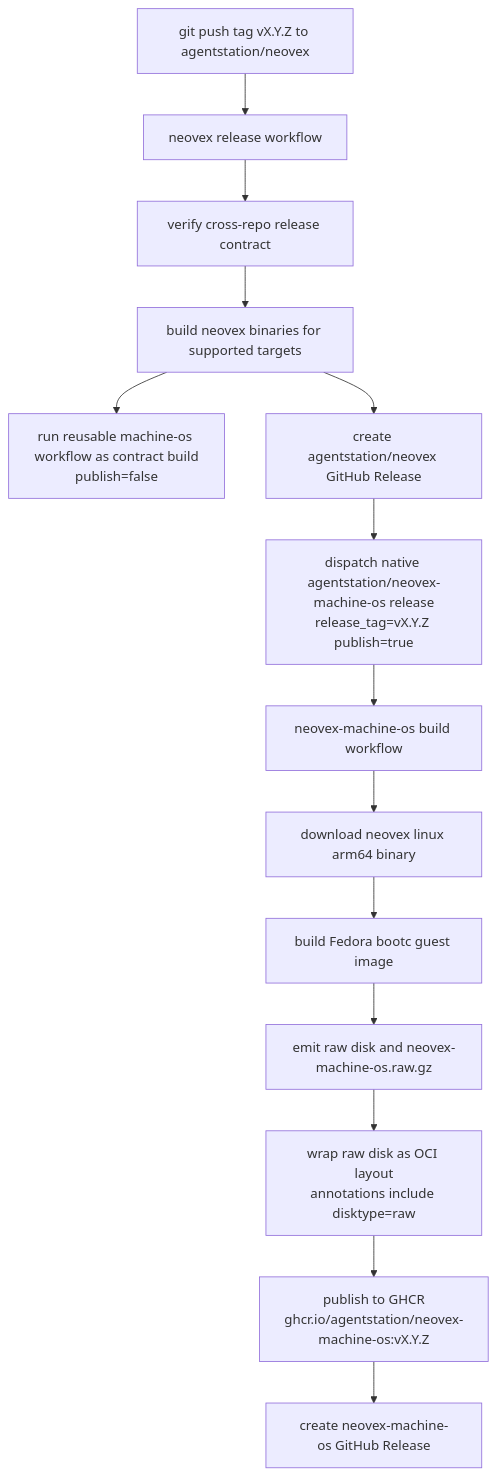
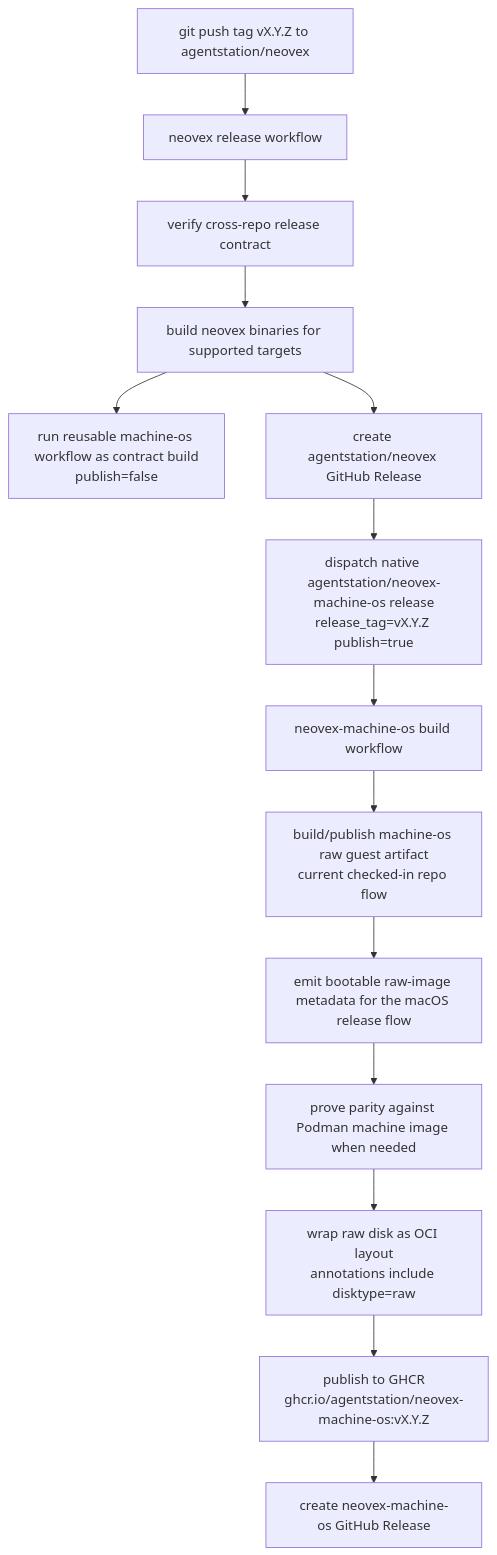
One commit to nimbus/nimbus changed the first of 6 diagrams in docs/reference/macos-machine-flow.md. Above: the diagram before and after it, drawn with Mermaid. The commit also changed other lines of this file and 56 other files, not shown here.

````diff
--- a/docs/reference/macos-machine-flow.md
+++ b/docs/reference/macos-machine-flow.md
@@ -48,16 +65,16 @@
 ```mermaid
 flowchart TD
     A["git push tag vX.Y.Z to agentstation/neovex"] --> B["neovex release workflow"]
     B --> C["verify cross-repo release contract"]
     C --> D["build neovex binaries for supported targets"]
     D --> E["run reusable machine-os workflow as contract build<br/>publish=false"]
     D --> F["create agentstation/neovex GitHub Release"]
     F --> G["dispatch native agentstation/neovex-machine-os release<br/>release_tag=vX.Y.Z publish=true"]
     G --> H["neovex-machine-os build workflow"]
-    H --> I["download neovex linux arm64 binary"]
-    I --> J["build Fedora bootc guest image"]
-    J --> K["emit raw disk and neovex-machine-os.raw.gz"]
+    H --> I["build/publish machine-os raw guest artifact<br/>current checked-in repo flow"]
+    I --> J["emit bootable raw-image metadata for the macOS release flow"]
+    J --> K["prove parity against Podman machine image when needed"]
     K --> L["wrap raw disk as OCI layout<br/>annotations include disktype=raw"]
     L --> M["publish to GHCR<br/>ghcr.io/agentstation/neovex-machine-os:vX.Y.Z"]
     M --> N["create neovex-machine-os GitHub Release"]
 ```
````
